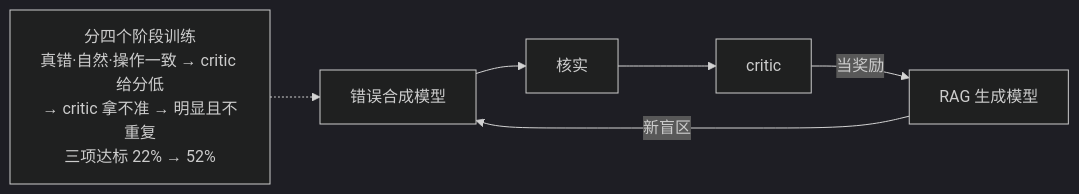
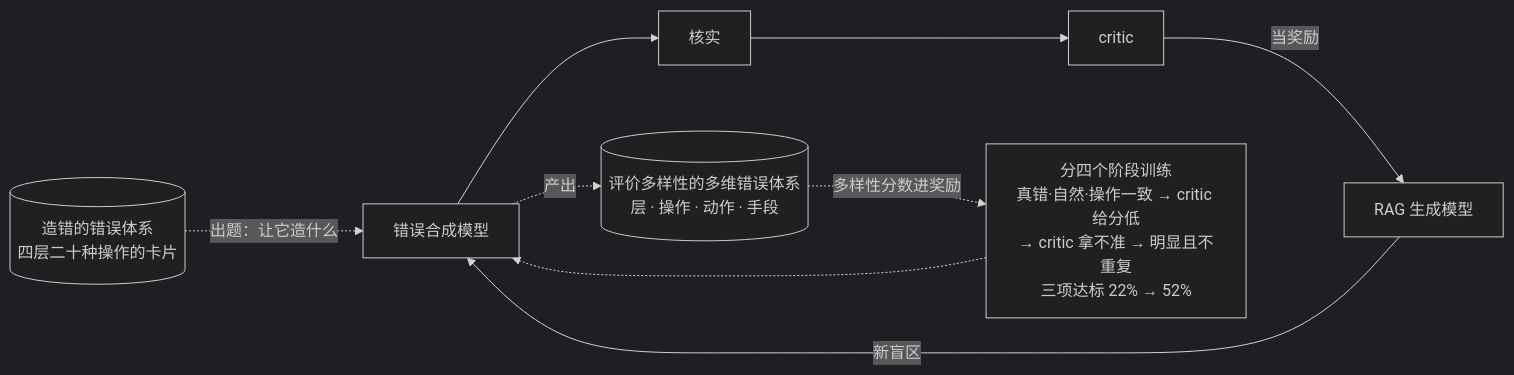
Before and after one commit to liaomingyue/claim-critic: the diagram in docs/tech_share.md, drawn with Mermaid (dark theme). The commit also changed other lines of this file, not shown here.

````diff
--- a/docs/tech_share.md
+++ b/docs/tech_share.md
@@ -22,6 +22,9 @@
 ```mermaid
 flowchart LR
     G["错误合成模型"] --> V["核实"] --> C["critic"] -->|当奖励| P["RAG 生成模型"]
     P -->|新盲区| G
     S["分四个阶段训练<br/>真错·自然·操作一致 → critic 给分低<br/>→ critic 拿不准 → 明显且不重复<br/>三项达标 22% → 52%"] -.-> G
+    T1[("造错的错误体系<br/>四层二十种操作的卡片")] -.->|出题：让它造什么| G
+    G -.->|产出| T2[("评价多样性的多维错误体系<br/>层 · 操作 · 动作 · 手段")]
+    T2 -.->|多样性分数进奖励| S
 ```
````
